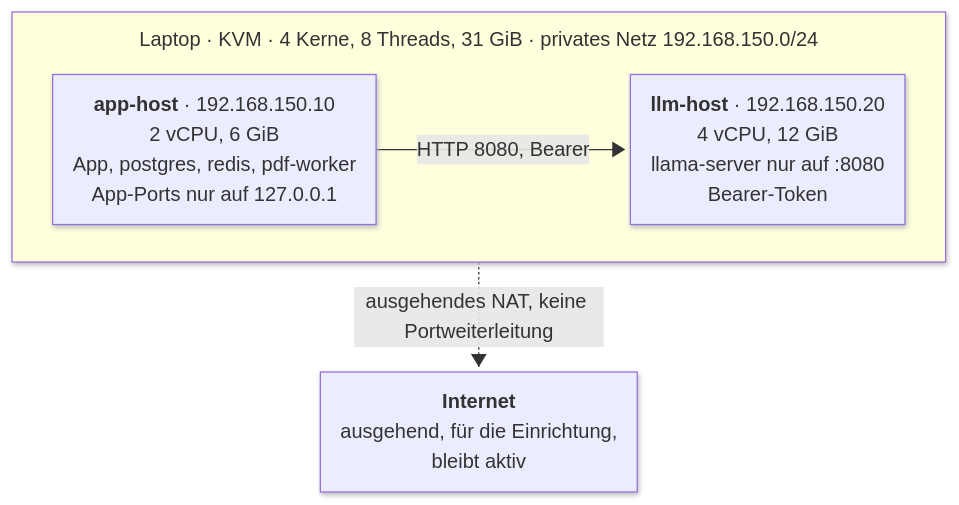
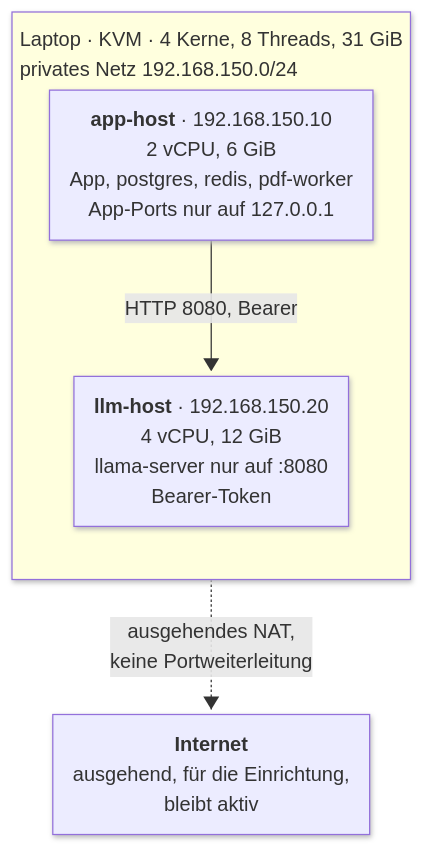
One commit to NiklasSkulll/arsnova.eu changed the diagram in docs/referat-thema-1/diagrams/1b-topologie.mmd. Above: the diagram before and after it, drawn with Mermaid. The commit also changed 6 other files, not shown here.

Commit message:
docs(referat): improve 1B diagram layout after the first visual review

```diff
--- a/docs/referat-thema-1/diagrams/1b-topologie.mmd
+++ b/docs/referat-thema-1/diagrams/1b-topologie.mmd
@@ -1,38 +1,39 @@
 ---
 config:
   look: neo
   flowchart:
     curve: basis
     nodeSpacing: 40
-    rankSpacing: 40
+    rankSpacing: 60
     padding: 10
     wrappingWidth: 320
     subGraphTitleMargin:
       top: 10
       bottom: 10
 ---
 flowchart TB
-  subgraph LAP["Laptop · KVM · 4 Kerne, 8 Threads, 31 GiB · privates Netz 192.168.150.0/24"]
+  subgraph LAP["Laptop · KVM · 4 Kerne, 8 Threads, 31 GiB<br/>privates Netz 192.168.150.0/24"]
+    direction TB
     app["`**app-host** · 192.168.150.10
     2 vCPU, 6 GiB
     App, postgres, redis, pdf-worker
     App-Ports nur auf 127.0.0.1`"]
     llm["`**llm-host** · 192.168.150.20
     4 vCPU, 12 GiB
     llama-server nur auf :8080
     Bearer-Token`"]
   end
   net["`**Internet**
   ausgehend, für die Einrichtung,
   bleibt aktiv`"]
 
   app e1@-->|"HTTP 8080, Bearer"| llm
-  LAP e2@-.->|"ausgehendes NAT, keine Portweiterleitung"| net
+  LAP e2@-.->|"ausgehendes NAT,<br/>keine Portweiterleitung"| net
 
   class app app
   class llm runtime
-  class net store
+  class net legendGroup
   class LAP legendGroup
   class e1 emph
   class e2 muted
 %% palette
```
